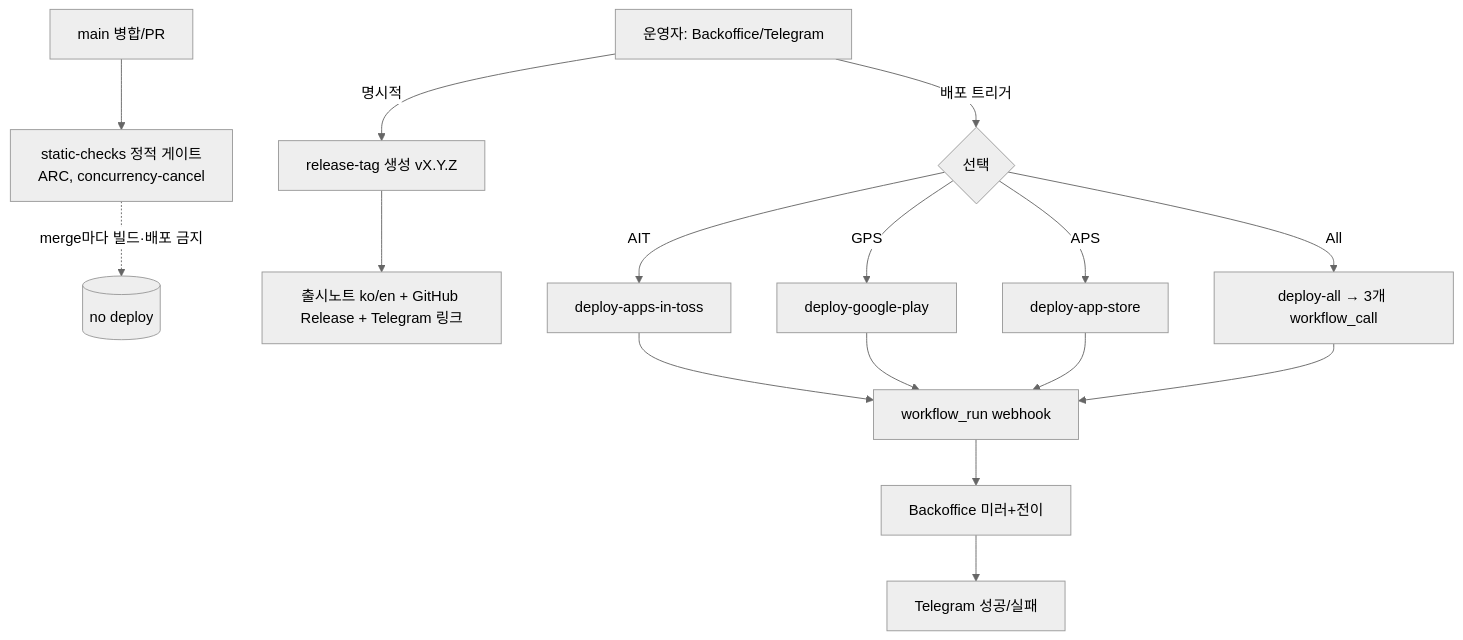
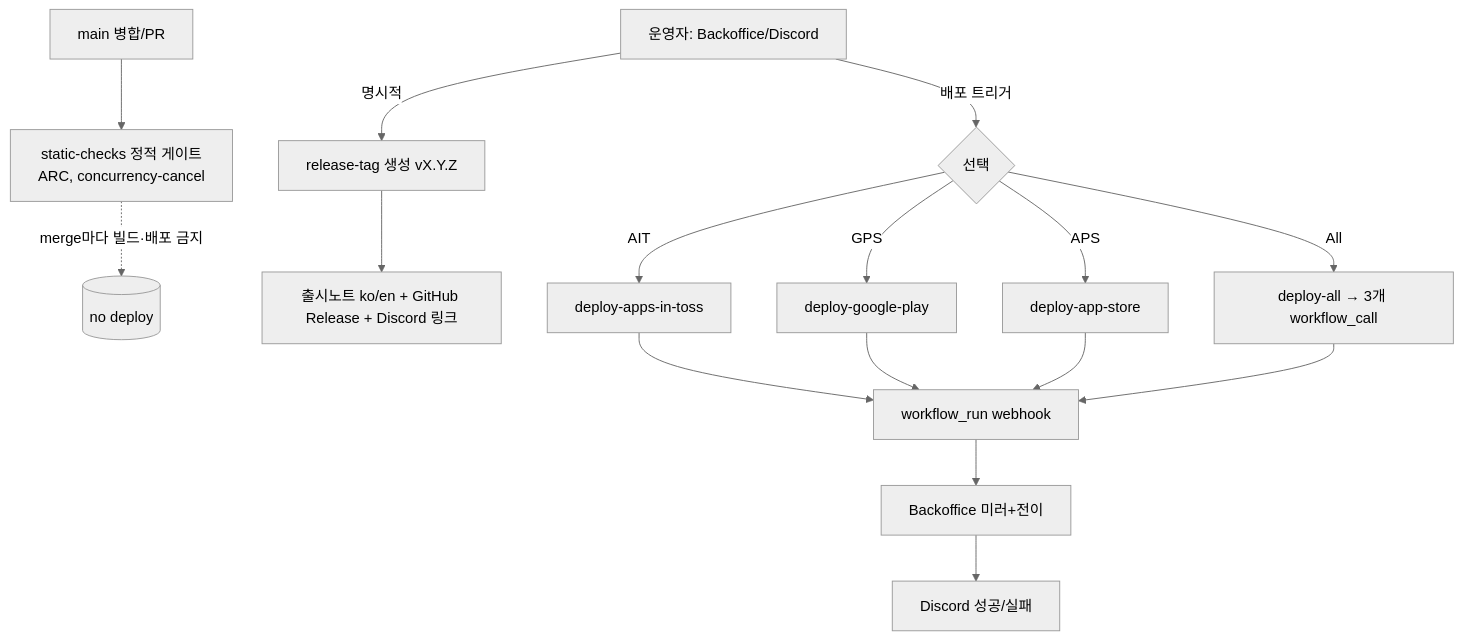
The third of 3 diagrams in docs/ci-cd/org-cicd-release-system.md (seorilabs/.github), drawn with Mermaid (neutral theme) before and after one commit. The commit also changed other lines of this file and 1 other file, not shown here.

````diff
--- a/docs/ci-cd/org-cicd-release-system.md
+++ b/docs/ci-cd/org-cicd-release-system.md
@@ -258,15 +258,15 @@
 ```mermaid
 flowchart TD
   M[main 병합/PR] --> SC[static-checks 정적 게이트<br/>ARC, concurrency-cancel]
   SC -.->|merge마다 빌드·배포 금지| X[(no deploy)]
 
-  R[운영자: Backoffice/Telegram] -->|명시적| T[release-tag 생성 vX.Y.Z]
-  T --> N[출시노트 ko/en + GitHub Release + Telegram 링크]
+  R[운영자: Backoffice/Discord] -->|명시적| T[release-tag 생성 vX.Y.Z]
+  T --> N[출시노트 ko/en + GitHub Release + Discord 링크]
   R -->|배포 트리거| D{선택}
   D -->|AIT| DA[deploy-apps-in-toss]
   D -->|GPS| DG[deploy-google-play]
   D -->|APS| DP[deploy-app-store]
   D -->|All| ALL[deploy-all → 3개 workflow_call]
   DA & DG & DP & ALL --> W[workflow_run webhook]
-  W --> BO2[Backoffice 미러+전이] --> TGN[Telegram 성공/실패]
+  W --> BO2[Backoffice 미러+전이] --> DCN[Discord 성공/실패]
 ```
````
